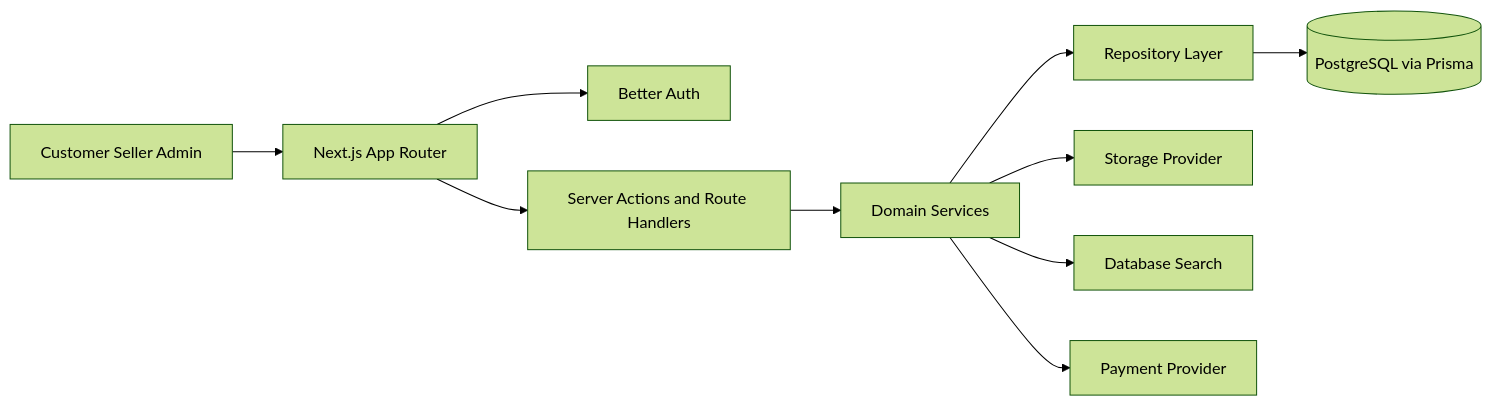
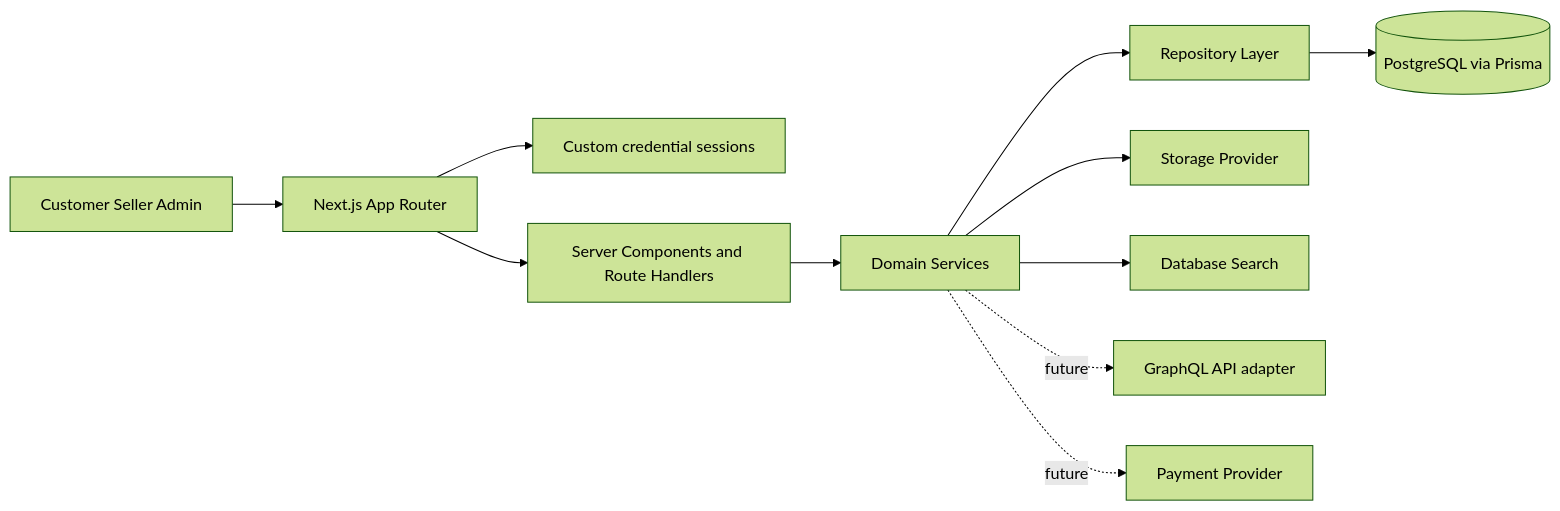
The first of 3 diagrams in README.md (rajveneeth/printora), drawn with Mermaid (forest theme) before and after one commit. The commit also changed other lines of this file and 8 other files, not shown here.

````diff
--- a/README.md
+++ b/README.md
@@ -26,12 +29,13 @@
 ```mermaid
 flowchart LR
     User[Customer Seller Admin] --> Web[Next.js App Router]
-    Web --> Auth[Better Auth]
-    Web --> Actions[Server Actions and Route Handlers]
+    Web --> Auth[Custom credential sessions]
+    Web --> Actions[Server Components and Route Handlers]
     Actions --> Services[Domain Services]
     Services --> Repositories[Repository Layer]
     Repositories --> Database[(PostgreSQL via Prisma)]
     Services --> Storage[Storage Provider]
     Services --> Search[Database Search]
-    Services --> Payment[Payment Provider]
+    Services -. future .-> GraphQL[GraphQL API adapter]
+    Services -. future .-> Payment[Payment Provider]
 ```
````
